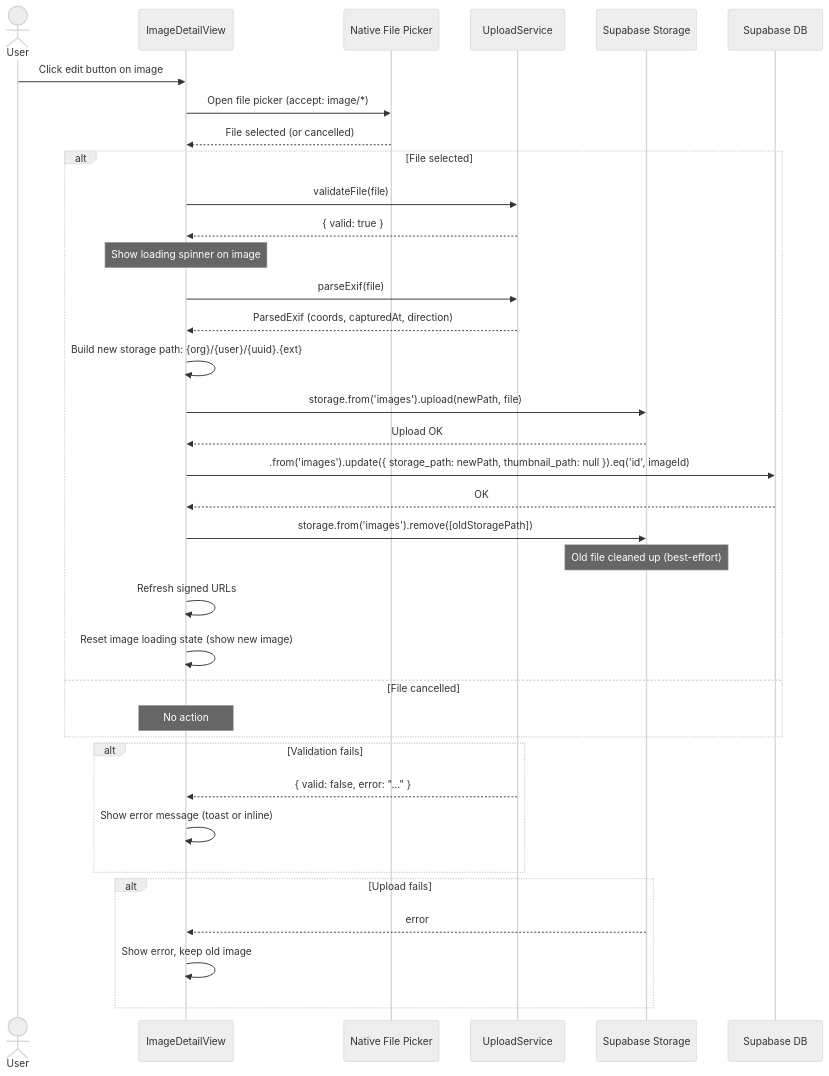
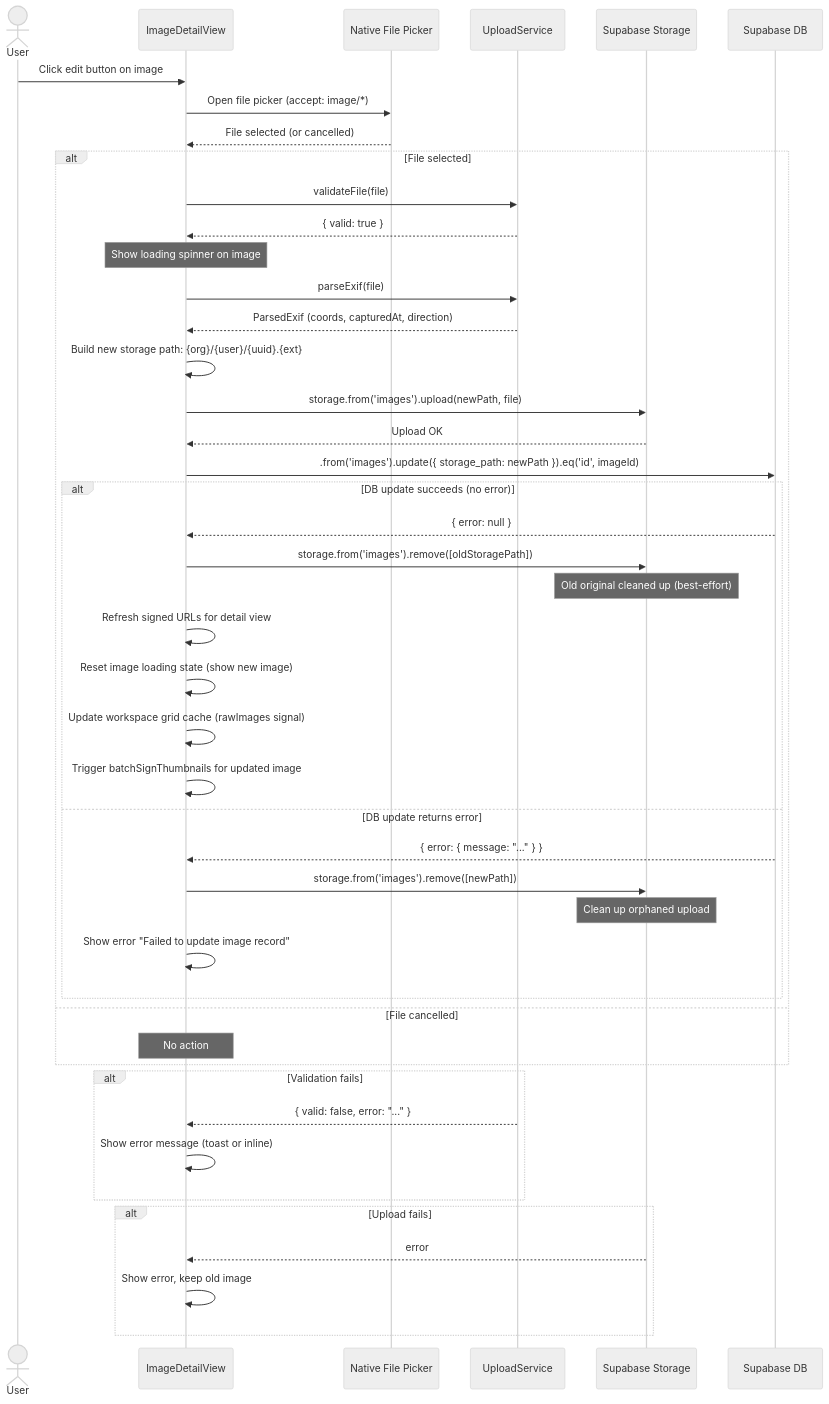
One commit to matkleve/sitesnap changed the tenth of 10 diagrams in docs/use-cases/image-editing.md. Above: the diagram before and after it, drawn with Mermaid (neutral theme). The commit also changed other lines of this file and 20 other files, not shown here.

````diff
--- a/docs/use-cases/image-editing.md
+++ b/docs/use-cases/image-editing.md
@@ -341,49 +341,59 @@
 ```mermaid
 sequenceDiagram
     actor User
     participant Detail as ImageDetailView
     participant FilePicker as Native File Picker
     participant Upload as UploadService
     participant Storage as Supabase Storage
     participant DB as Supabase DB
 
     User->>Detail: Click edit button on image
     Detail->>FilePicker: Open file picker (accept: image/*)
     FilePicker-->>Detail: File selected (or cancelled)
 
     alt File selected
         Detail->>Upload: validateFile(file)
         Upload-->>Detail: { valid: true }
 
         Note over Detail: Show loading spinner on image
 
         Detail->>Upload: parseExif(file)
         Upload-->>Detail: ParsedExif (coords, capturedAt, direction)
 
         Detail->>Detail: Build new storage path: {org}/{user}/{uuid}.{ext}
         Detail->>Storage: storage.from('images').upload(newPath, file)
         Storage-->>Detail: Upload OK
 
-        Detail->>DB: .from('images').update({ storage_path: newPath, thumbnail_path: null }).eq('id', imageId)
-        DB-->>Detail: OK
+        Detail->>DB: .from('images').update({ storage_path: newPath }).eq('id', imageId)
 
-        Detail->>Storage: storage.from('images').remove([oldStoragePath])
-        Note over Storage: Old file cleaned up (best-effort)
+        alt DB update succeeds (no error)
+            DB-->>Detail: { error: null }
 
-        Detail->>Detail: Refresh signed URLs
-        Detail->>Detail: Reset image loading state (show new image)
+            Detail->>Storage: storage.from('images').remove([oldStoragePath])
+            Note over Storage: Old original cleaned up (best-effort)
+
+            Detail->>Detail: Refresh signed URLs for detail view
+            Detail->>Detail: Reset image loading state (show new image)
+            Detail->>Detail: Update workspace grid cache (rawImages signal)
+            Detail->>Detail: Trigger batchSignThumbnails for updated image
+        else DB update returns error
+            DB-->>Detail: { error: { message: "..." } }
+            Detail->>Storage: storage.from('images').remove([newPath])
+            Note over Storage: Clean up orphaned upload
+            Detail->>Detail: Show error "Failed to update image record"
+        end
 
     else File cancelled
         Note over Detail: No action
     end
 
     alt Validation fails
         Upload-->>Detail: { valid: false, error: "..." }
         Detail->>Detail: Show error message (toast or inline)
     end
 
     alt Upload fails
         Storage-->>Detail: error
         Detail->>Detail: Show error, keep old image
     end
 ```
````
